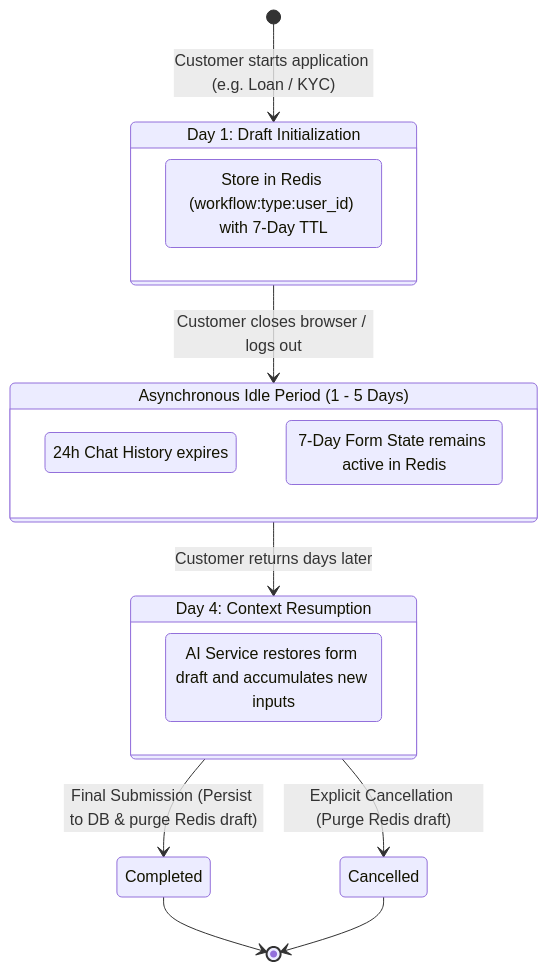
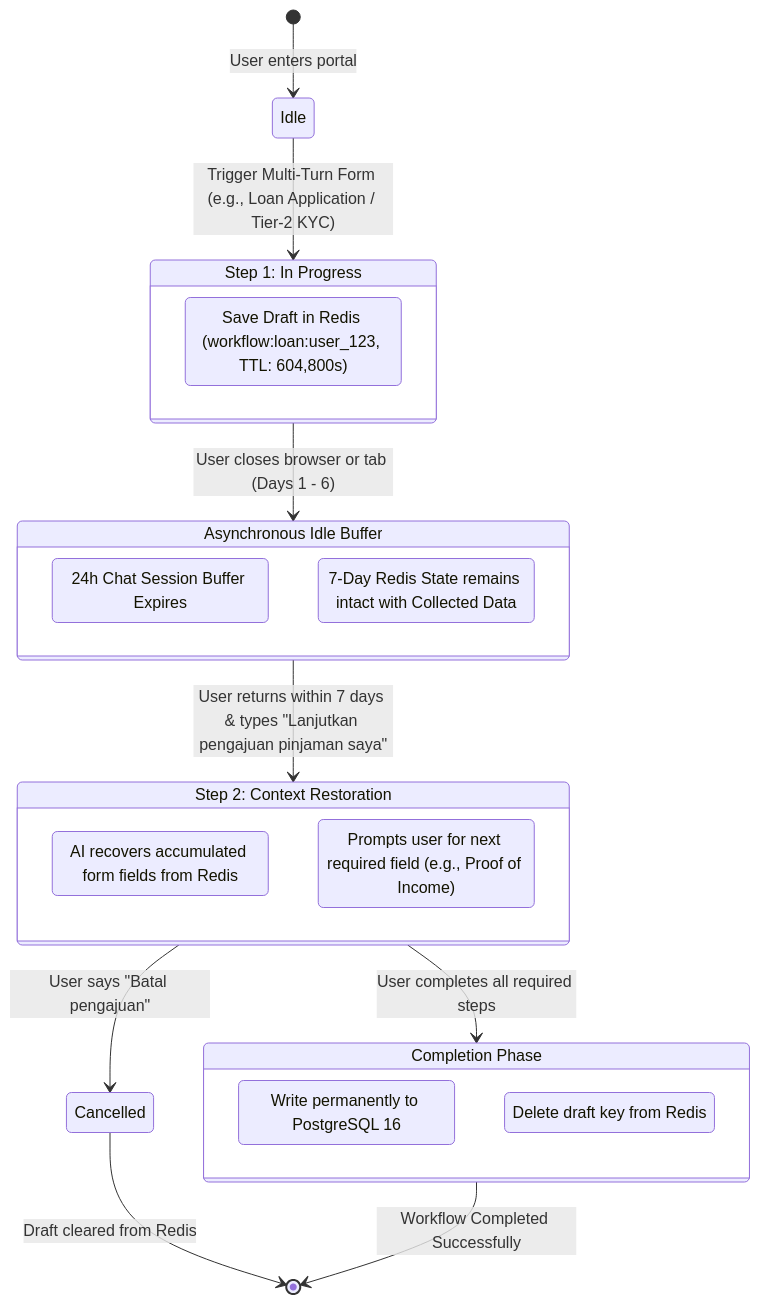
The fifth of 5 diagrams in ARCHITECTURE.md (tirenn/bank), drawn with Mermaid before and after one commit. The commit also changed other lines of this file and 2 other files, not shown here.

Commit message:
docs: add architecture and LLD flow diagrams and update documentation reference

````diff
--- a/ARCHITECTURE.md
+++ b/ARCHITECTURE.md
@@ -136,27 +270,35 @@
 ```mermaid
 stateDiagram-v2
-    [*] --> Day1_Start: Customer starts application (e.g. Loan / KYC)
+    [*] --> Idle: User enters portal
     
-    state "Day 1: Draft Initialization" as Day1_Start {
-        Save_Redis: Store in Redis (workflow:type:user_id) with 7-Day TTL
+    Idle --> Step1_Initiated: Trigger Multi-Turn Form (e.g., Loan Application / Tier-2 KYC)
+    
+    state "Step 1: In Progress" as Step1_Initiated {
+        Save_S1: Save Draft in Redis (workflow:loan:user_123, TTL: 604,800s)
     }
-
-    Day1_Start --> Idle_Period: Customer closes browser / logs out
-
-    state "Asynchronous Idle Period (1 - 5 Days)" as Idle_Period {
-        Chat_Expired: 24h Chat History expires
-        Workflow_Alive: 7-Day Form State remains active in Redis
+    
+    Step1_Initiated --> Interrupted: User closes browser or tab (Days 1 - 6)
+    
+    state "Asynchronous Idle Buffer" as Interrupted {
+        Chat_History_Expires: 24h Chat Session Buffer Expires
+        Workflow_Preserved: 7-Day Redis State remains intact with Collected Data
     }
-
-    Idle_Period --> Day4_Resume: Customer returns days later
-
-    state "Day 4: Context Resumption" as Day4_Resume {
-        Load_State: AI Service restores form draft and accumulates new inputs
+    
+    Interrupted --> Step2_Resumed: User returns within 7 days & types "Lanjutkan pengajuan pinjaman saya"
+    
+    state "Step 2: Context Restoration" as Step2_Resumed {
+        Restore_State: AI recovers accumulated form fields from Redis
+        Prompt_Next: Prompts user for next required field (e.g., Proof of Income)
     }
-
-    Day4_Resume --> Completed: Final Submission (Persist to DB & purge Redis draft)
-    Day4_Resume --> Cancelled: Explicit Cancellation (Purge Redis draft)
-
-    Completed --> [*]
-    Cancelled --> [*]
+    
+    Step2_Resumed --> Final_Submission: User completes all required steps
+    Step2_Resumed --> Cancelled: User says "Batal pengajuan"
+    
+    state "Completion Phase" as Final_Submission {
+        Persist_DB: Write permanently to PostgreSQL 16
+        Purge_Draft: Delete draft key from Redis
+    }
+    
+    Cancelled --> [*]: Draft cleared from Redis
+    Final_Submission --> [*]: Workflow Completed Successfully
 ```
````
